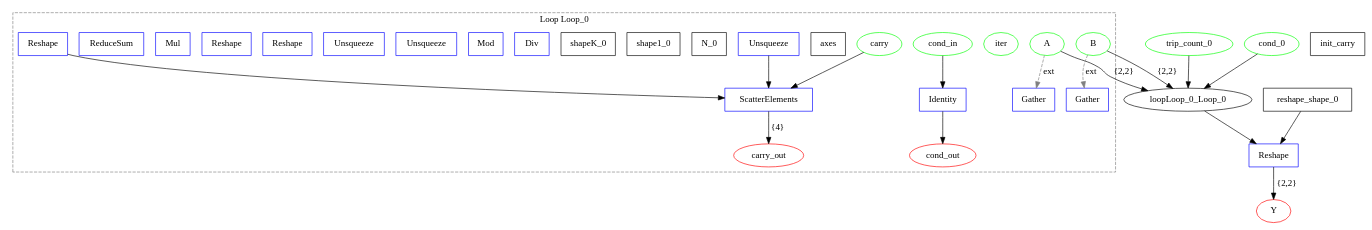
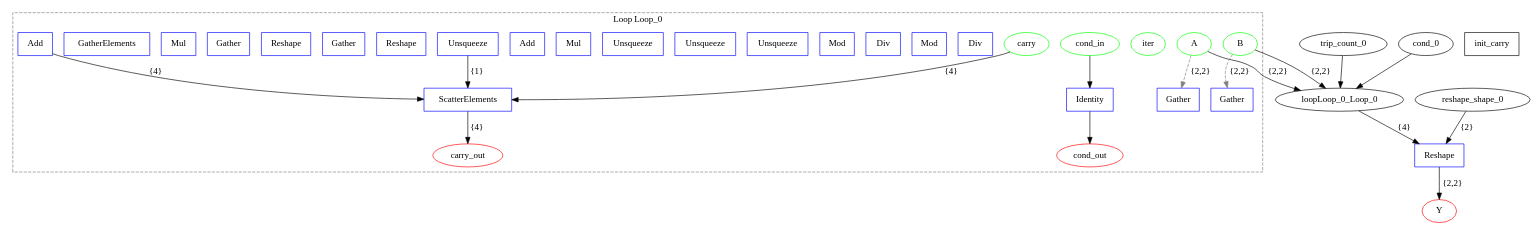
The diagram in examples/onnx/matmul_test.dot (specs-feup/onnx-flow), drawn with Graphviz before and after one commit. The commit also changed 27 other files, not shown here.

```diff
--- a/examples/onnx/matmul_test.dot
+++ b/examples/onnx/matmul_test.dot
@@ -1,56 +1,56 @@
 digraph {
   graph [compound=true];
   A [label=A shape=ellipse color="#00FF00"];
   B [label=B shape=ellipse color="#00FF00"];
-  trip_count_0 [label=trip_count_0 shape=ellipse color="#00FF00"];
-  cond_0 [label=cond_0 shape=ellipse color="#00FF00"];
   init_carry [label=init_carry shape=box];
   subgraph cluster_loop_Loop_0 {
     graph [rankdir=LR compound=true];
     loopLoop_0_iter [label=iter shape=ellipse color="#00FF00"];
     loopLoop_0_cond_in [label=cond_in shape=ellipse color="#00FF00"];
     loopLoop_0_carry [label=carry shape=ellipse color="#00FF00"];
-    loopLoop_0_axes [label=axes shape=box];
-    loopLoop_0_unsq [label=Unsqueeze shape=box color="#0000FF"];
-    loopLoop_0_unsq -> loopLoop_0_scatter [label=""];
-    loopLoop_0_N_0 [label=N_0 shape=box];
-    loopLoop_0_shape1_0 [label=shape1_0 shape=box];
-    loopLoop_0_shapeK_0 [label=shapeK_0 shape=box];
-    loopLoop_0_Div_0 [label=Div shape=box color="#0000FF"];
-    loopLoop_0_Mod_0 [label=Mod shape=box color="#0000FF"];
-    loopLoop_0_rowU_0 [label=Unsqueeze shape=box color="#0000FF"];
-    loopLoop_0_colU_0 [label=Unsqueeze shape=box color="#0000FF"];
-    loopLoop_0_g_A_0 [label=Gather shape=box color="#0000FF"];
-    loopLoop_0_g_B_0 [label=Gather shape=box color="#0000FF"];
-    loopLoop_0_reshape_reshapeRow_0 [label=Reshape shape=box color="#0000FF"];
-    loopLoop_0_reshape_reshapeCol_0 [label=Reshape shape=box color="#0000FF"];
+    loopLoop_0_Div_ij_0 [label=Div shape=box color="#0000FF"];
+    loopLoop_0_Mod_k_0 [label=Mod shape=box color="#0000FF"];
+    loopLoop_0_Div_i_0 [label=Div shape=box color="#0000FF"];
+    loopLoop_0_Mod_j_0 [label=Mod shape=box color="#0000FF"];
+    loopLoop_0_iU_0 [label=Unsqueeze shape=box color="#0000FF"];
+    loopLoop_0_jU_0 [label=Unsqueeze shape=box color="#0000FF"];
+    loopLoop_0_kU_0 [label=Unsqueeze shape=box color="#0000FF"];
+    loopLoop_0_iMulN_0 [label=Mul shape=box color="#0000FF"];
+    loopLoop_0_flat_0 [label=Add shape=box color="#0000FF"];
+    loopLoop_0_flatU_0 [label=Unsqueeze shape=box color="#0000FF"];
+    loopLoop_0_flatU_0 -> loopLoop_0_scatter [label="{1}"];
+    loopLoop_0_a_row_0 [label=Gather shape=box color="#0000FF"];
+    loopLoop_0_reshape_a_vec_0 [label=Reshape shape=box color="#0000FF"];
+    loopLoop_0_a_pick_0 [label=Gather shape=box color="#0000FF"];
+    loopLoop_0_b_col_0 [label=Gather shape=box color="#0000FF"];
+    loopLoop_0_reshape_b_vec_0 [label=Reshape shape=box color="#0000FF"];
+    loopLoop_0_b_pick_0 [label=Gather shape=box color="#0000FF"];
     loopLoop_0_mul_0 [label=Mul shape=box color="#0000FF"];
-    loopLoop_0_reduce_0 [label=ReduceSum shape=box color="#0000FF"];
-    loopLoop_0_reshape_0 [label=Reshape shape=box color="#0000FF"];
-    loopLoop_0_reshape_0 -> loopLoop_0_scatter [label=""];
+    loopLoop_0_prev_0 [label=GatherElements shape=box color="#0000FF"];
+    loopLoop_0_acc_0 [label=Add shape=box color="#0000FF"];
+    loopLoop_0_acc_0 -> loopLoop_0_scatter [label="{4}"];
     loopLoop_0_scatter [label=ScatterElements shape=box color="#0000FF"];
     loopLoop_0_id_cond [label=Identity shape=box color="#0000FF"];
     loopLoop_0_cond_out [label=cond_out shape=ellipse color="#FF0000"];
     loopLoop_0_carry_out [label=carry_out shape=ellipse color="#FF0000"];
-    loopLoop_0_carry -> loopLoop_0_scatter [label=""];
+    loopLoop_0_carry -> loopLoop_0_scatter [label="{4}"];
     loopLoop_0_cond_in -> loopLoop_0_id_cond [label=""];
+    loopLoop_0_scatter -> loopLoop_0_carry_out [label="{4}"];
     loopLoop_0_id_cond -> loopLoop_0_cond_out [label=""];
-    loopLoop_0_scatter -> loopLoop_0_carry_out [label="{4}"];
-    A -> loopLoop_0_g_A_0 [style=dashed color=gray label=ext];
-    B -> loopLoop_0_g_B_0 [style=dashed color=gray label=ext];
+    A -> loopLoop_0_a_row_0 [style=dashed color=gray label="{2,2}"];
+    B -> loopLoop_0_b_col_0 [style=dashed color=gray label="{2,2}"];
     graph [label="Loop Loop_0"];
     graph [style=dashed];
     graph [color=gray];
   }
 
   Y [label=Y shape=ellipse color="#FF0000"];
-  loopLoop_0_Loop_0 -> reshape_0 [label="" ltail=cluster_loop_Loop_0];
-  reshape_shape_0 [label=reshape_shape_0 shape=box];
+  loopLoop_0_Loop_0 -> reshape_0 [label="{4}" ltail=cluster_loop_Loop_0];
   reshape_0 [label=Reshape shape=box color="#0000FF"];
   A -> loopLoop_0_Loop_0 [label="{2,2}" lhead=cluster_loop_Loop_0];
-  reshape_shape_0 -> reshape_0 [label=""];
+  reshape_shape_0 -> reshape_0 [label="{2}"];
   reshape_0 -> Y [label="{2,2}"];
   B -> loopLoop_0_Loop_0 [label="{2,2}" lhead=cluster_loop_Loop_0];
   trip_count_0 -> loopLoop_0_Loop_0 [label="" lhead=cluster_loop_Loop_0];
   cond_0 -> loopLoop_0_Loop_0 [label="" lhead=cluster_loop_Loop_0];
 }
```
